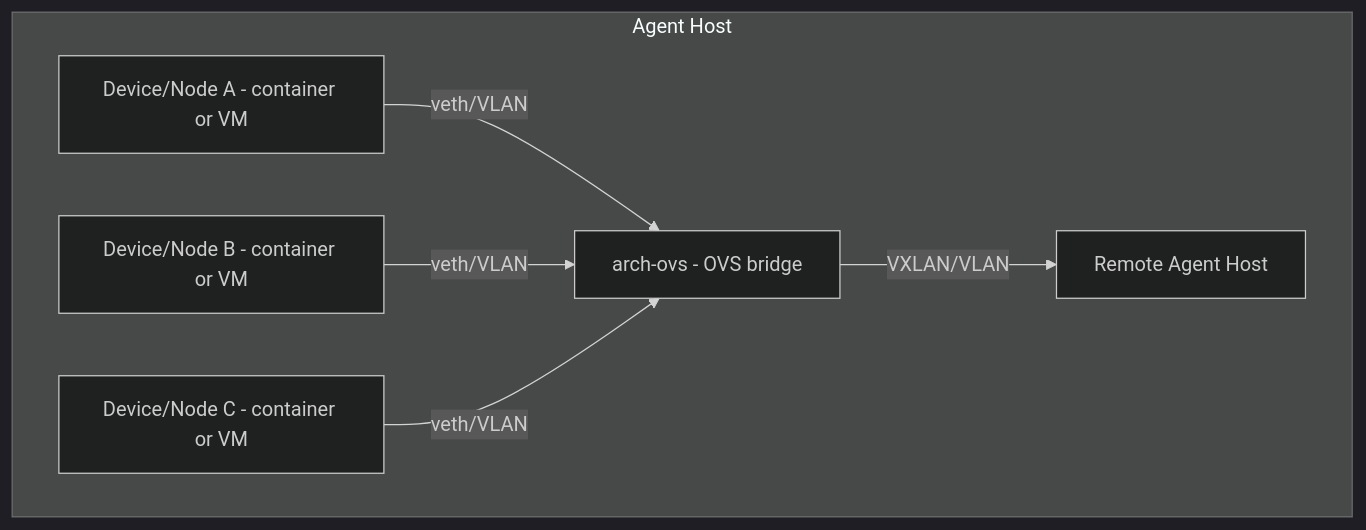
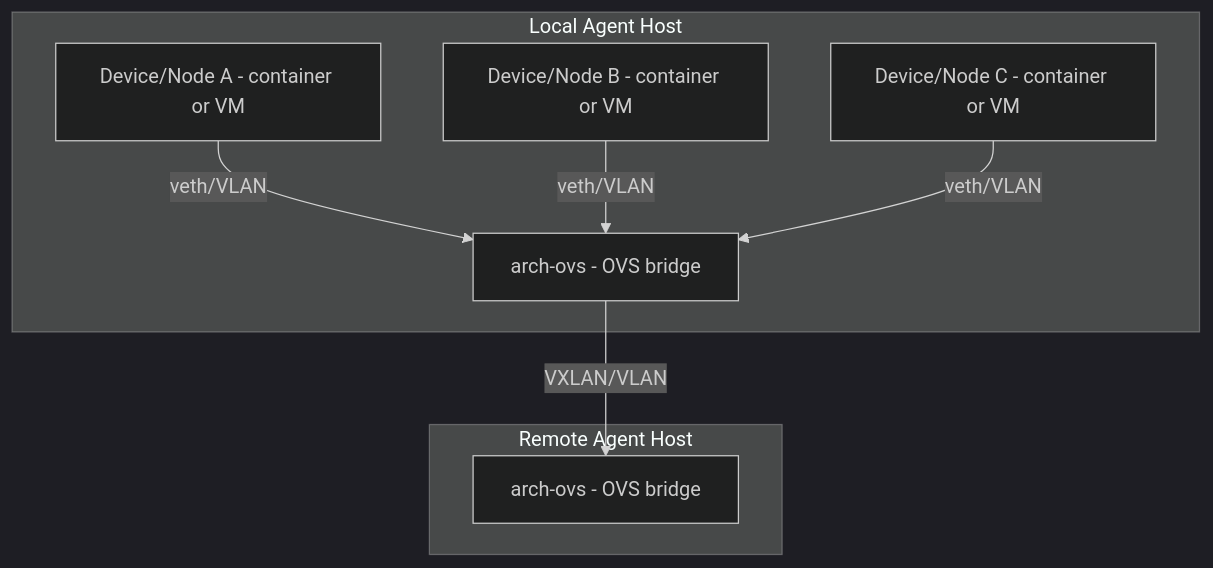
The second of 2 diagrams in README.md (riannom/archetype-iac), drawn with Mermaid (dark theme) before and after one commit.

Commit message:
docs: clarify agent networking diagram

````diff
--- a/README.md
+++ b/README.md
@@ -56,13 +56,18 @@
 ```mermaid
 flowchart TB
-  subgraph Host[Agent Host]
+  subgraph LocalAgent[Local Agent Host]
     ovs[arch-ovs - OVS bridge]
     c1[Device/Node A - container or VM]
     c2[Device/Node B - container or VM]
     c3[Device/Node C - container or VM]
     c1 -- veth/VLAN --> ovs
     c2 -- veth/VLAN --> ovs
     c3 -- veth/VLAN --> ovs
-    ovs -- VXLAN/VLAN --> remote[Remote Agent Host]
   end
+
+  subgraph RemoteAgent[Remote Agent Host]
+    rovs[arch-ovs - OVS bridge]
+  end
+
+  ovs -- VXLAN/VLAN --> rovs
 ```
````
